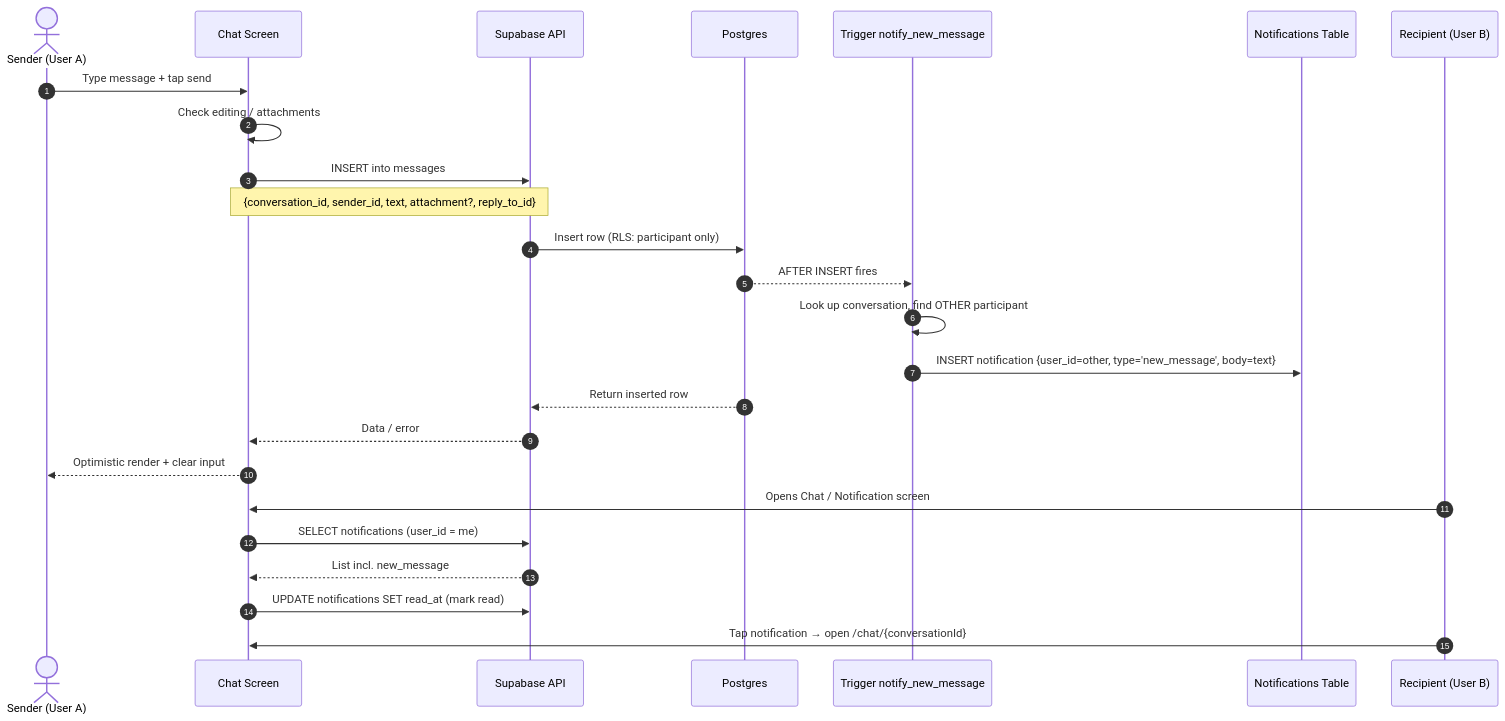
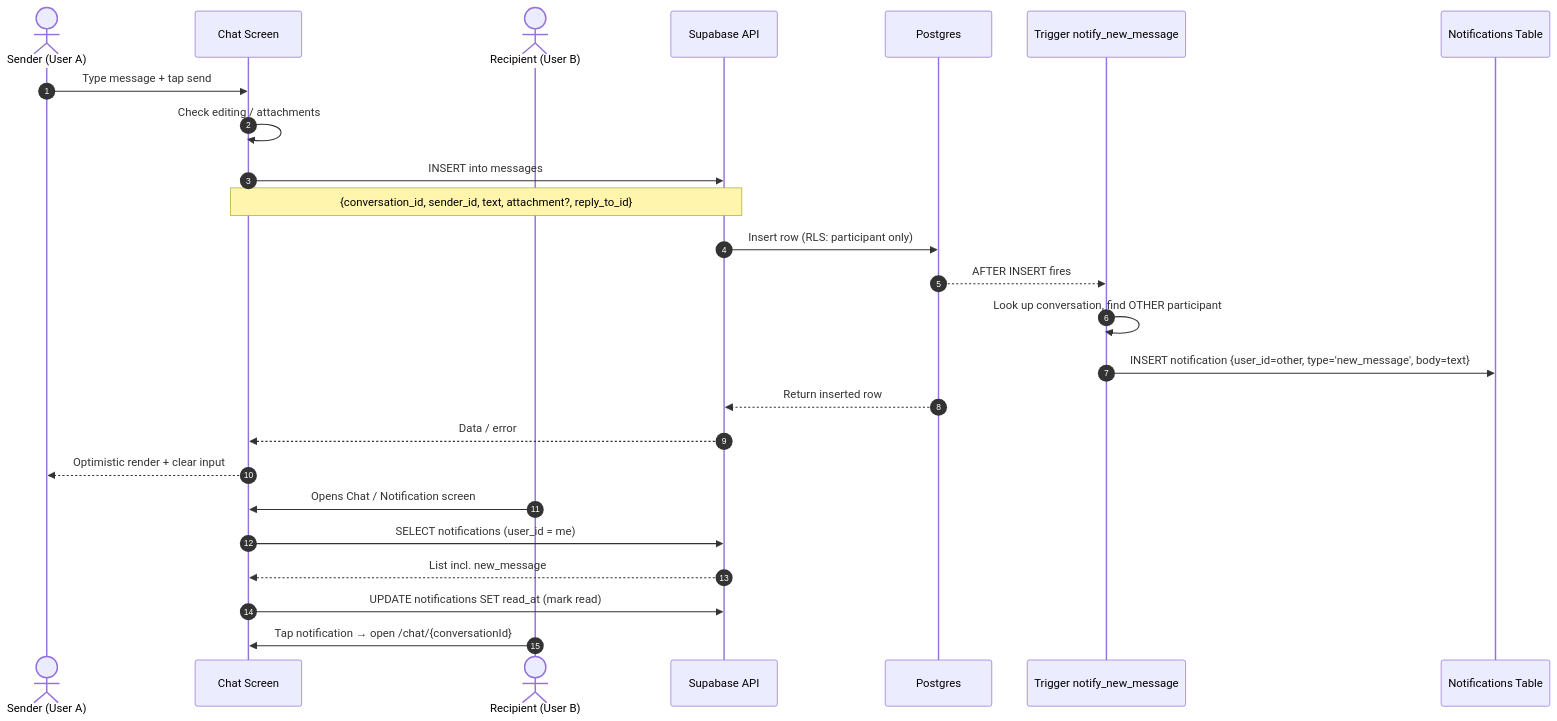
Before and after one commit to phyothant-dev/nestfinder: the second of 6 diagrams in docs/diagrams.md, drawn with Mermaid. The commit also changed other lines of this file and 5 other files, not shown here.

Commit message:
Redraw diagrams to eliminate crossing lines

````diff
--- a/docs/diagrams.md
+++ b/docs/diagrams.md
@@ -63,28 +61,28 @@
 ```mermaid
 sequenceDiagram
     autonumber
     actor Sender as Sender (User A)
     participant App as Chat Screen
+    actor Recipient as Recipient (User B)
     participant Supa as Supabase API
     participant DB as Postgres
     participant Trig as Trigger notify_new_message
     participant NB as Notifications Table
-    participant Recipient as Recipient (User B)
 
     Sender->>App: Type message + tap send
     App->>App: Check editing / attachments
     App->>Supa: INSERT into messages
     Note over App,Supa: {conversation_id, sender_id, text, attachment?, reply_to_id}
     Supa->>DB: Insert row (RLS: participant only)
     DB-->>Trig: AFTER INSERT fires
     Trig->>Trig: Look up conversation, find OTHER participant
     Trig->>NB: INSERT notification {user_id=other, type='new_message', body=text}
     DB-->>Supa: Return inserted row
     Supa-->>App: Data / error
     App-->>Sender: Optimistic render + clear input
     Recipient->>App: Opens Chat / Notification screen
     App->>Supa: SELECT notifications (user_id = me)
     Supa-->>App: List incl. new_message
     App->>Supa: UPDATE notifications SET read_at (mark read)
     Recipient->>App: Tap notification → open /chat/{conversationId}
 ```
````
